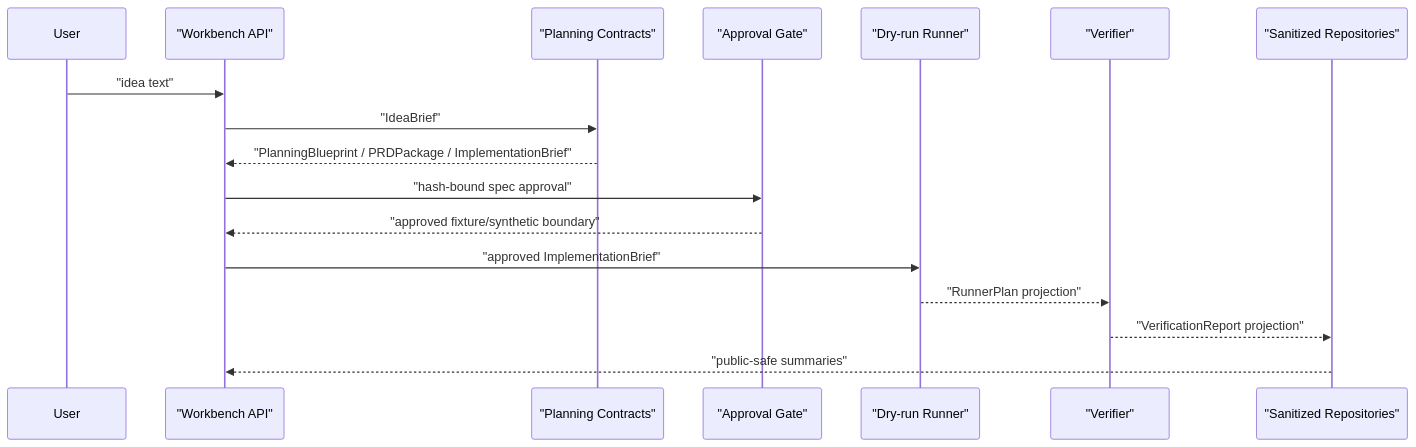
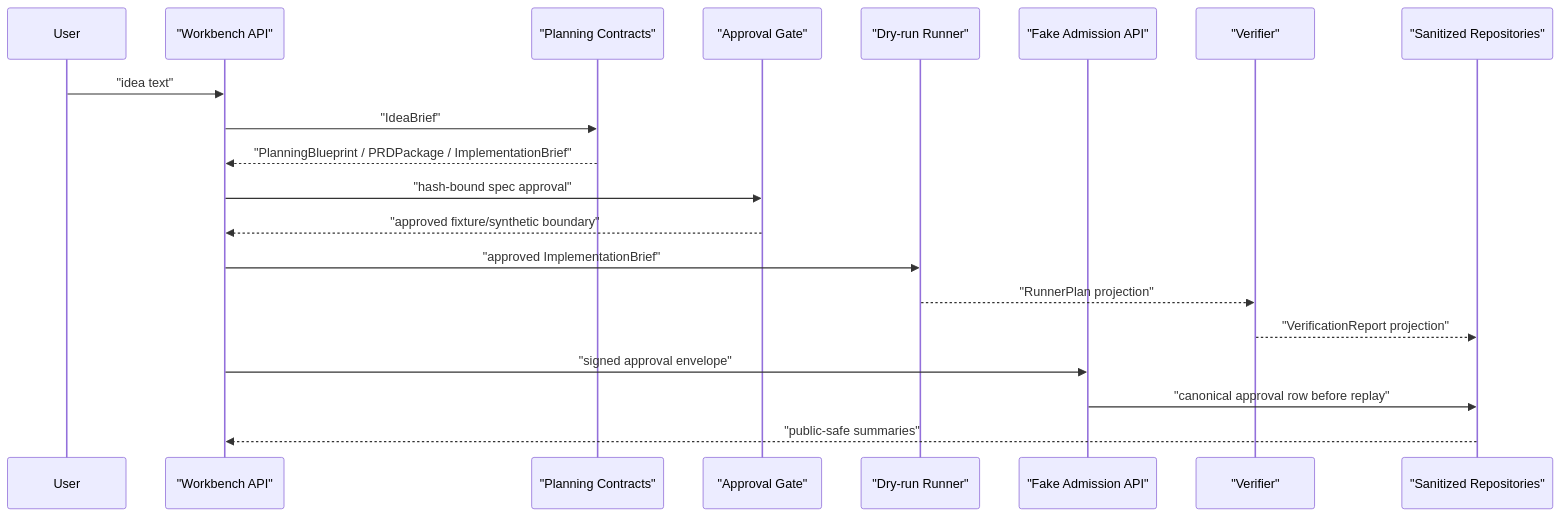
One commit to figure-2/Agentic-Workbench changed the diagram in docs/architecture.md. Above: the diagram before and after it, drawn with Mermaid. The commit also changed other lines of this file and 9 other files, not shown here.

Commit message:
feat: approval admission API 경계 추가

````diff
--- a/docs/architecture.md
+++ b/docs/architecture.md
@@ -36,20 +36,23 @@
 ```mermaid
 sequenceDiagram
     participant User
     participant API as "Workbench API"
     participant Planner as "Planning Contracts"
     participant Gate as "Approval Gate"
     participant Runner as "Dry-run Runner"
+    participant Admit as "Fake Admission API"
     participant Verify as "Verifier"
     participant Repo as "Sanitized Repositories"
 
     User->>API: "idea text"
     API->>Planner: "IdeaBrief"
     Planner-->>API: "PlanningBlueprint / PRDPackage / ImplementationBrief"
     API->>Gate: "hash-bound spec approval"
     Gate-->>API: "approved fixture/synthetic boundary"
     API->>Runner: "approved ImplementationBrief"
     Runner-->>Verify: "RunnerPlan projection"
     Verify-->>Repo: "VerificationReport projection"
+    API->>Admit: "signed approval envelope"
+    Admit->>Repo: "canonical approval row before replay"
     Repo-->>API: "public-safe summaries"
 ```
````
